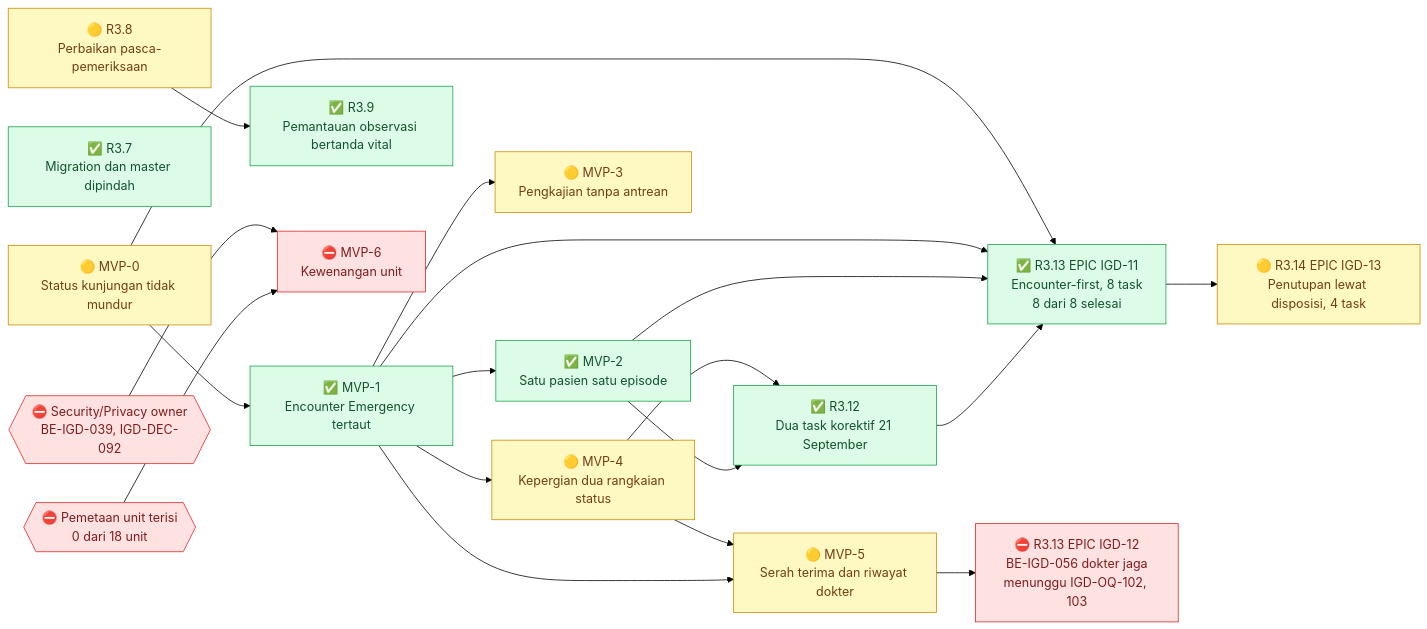
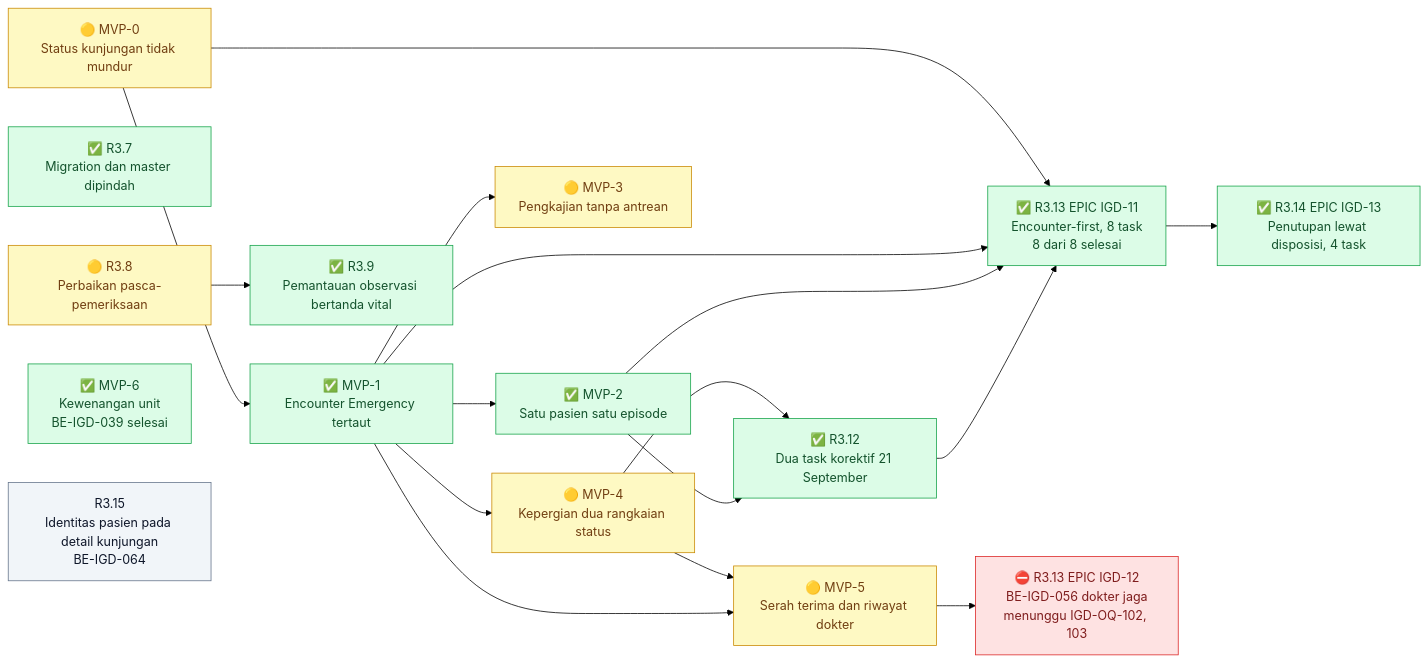
Before and after one commit to DevBenari/NewQuilvianSystemBackend: the first of 13 diagrams in docs/module-blueprints/igd/roadmap/backend-roadmap.md, drawn with Mermaid (forest theme). The commit also changed other lines of this file and 20 other files, not shown here.

Commit message:
update observation dan penutupan pasien igd

````diff
--- a/docs/module-blueprints/igd/roadmap/backend-roadmap.md
+++ b/docs/module-blueprints/igd/roadmap/backend-roadmap.md
@@ -111,43 +113,40 @@
 ```mermaid
 flowchart LR
     classDef selesai fill:#DCFCE7,stroke:#16A34A,color:#14532D
     classDef sebagian fill:#FEF9C3,stroke:#CA8A04,color:#713F12
     classDef terblokir fill:#FEE2E2,stroke:#DC2626,color:#7F1D1D
     classDef belum fill:#F1F5F9,stroke:#64748B,color:#0F172A
     classDef luar fill:#EDE9FE,stroke:#7C3AED,color:#3B0764
 
     MVP0["🟡 MVP-0<br/>Status kunjungan tidak mundur"]:::sebagian
     MVP1["✅ MVP-1<br/>Encounter Emergency tertaut"]:::selesai
     MVP2["✅ MVP-2<br/>Satu pasien satu episode"]:::selesai
     MVP3["🟡 MVP-3<br/>Pengkajian tanpa antrean"]:::sebagian
     MVP4["🟡 MVP-4<br/>Kepergian dua rangkaian status"]:::sebagian
     MVP5["🟡 MVP-5<br/>Serah terima dan riwayat dokter"]:::sebagian
     R37["✅ R3.7<br/>Migration dan master dipindah"]:::selesai
     R38["🟡 R3.8<br/>Perbaikan pasca-pemeriksaan"]:::sebagian
     R39["✅ R3.9<br/>Pemantauan observasi bertanda vital"]:::selesai
     R312["✅ R3.12<br/>Dua task korektif 21 September"]:::selesai
     R313["✅ R3.13 EPIC IGD-11<br/>Encounter-first, 8 task<br/>8 dari 8 selesai"]:::selesai
     R313S7["⛔ R3.13 EPIC IGD-12<br/>BE-IGD-056 dokter jaga<br/>menunggu IGD-OQ-102, 103"]:::terblokir
-    R314["🟡 R3.14 EPIC IGD-13<br/>Penutupan lewat disposisi, 4 task"]:::sebagian
-    MVP6["⛔ MVP-6<br/>Kewenangan unit"]:::terblokir
-    SEC{{"⛔ Security/Privacy owner<br/>BE-IGD-039, IGD-DEC-092"}}:::terblokir
-    MAP{{"⛔ Pemetaan unit terisi<br/>0 dari 18 unit"}}:::terblokir
+    R314["✅ R3.14 EPIC IGD-13<br/>Penutupan lewat disposisi, 4 task"]:::selesai
+    MVP6["✅ MVP-6<br/>Kewenangan unit<br/>BE-IGD-039 selesai"]:::selesai
+    R315["R3.15<br/>Identitas pasien pada detail kunjungan<br/>BE-IGD-064"]:::belum
 
     MVP0 --> MVP1
     MVP1 --> MVP2
     MVP1 --> MVP3
     MVP1 --> MVP4
     MVP4 --> MVP5
     MVP1 --> MVP5
     MVP4 --> R312
     MVP2 --> R312
     MVP0 --> R313
     MVP1 --> R313
     MVP2 --> R313
     MVP5 --> R313S7
     R312 --> R313
     R313 --> R314
-    SEC --> MVP6
-    MAP --> MVP6
     R38 --> R39
 ```
````
